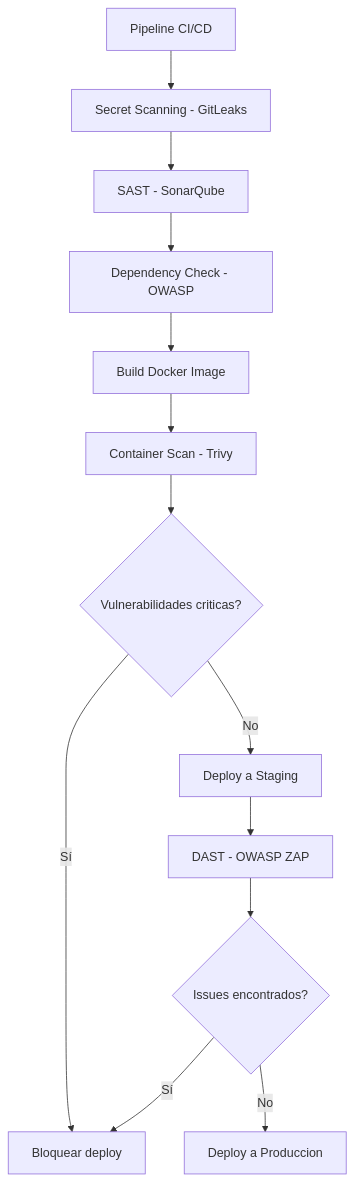
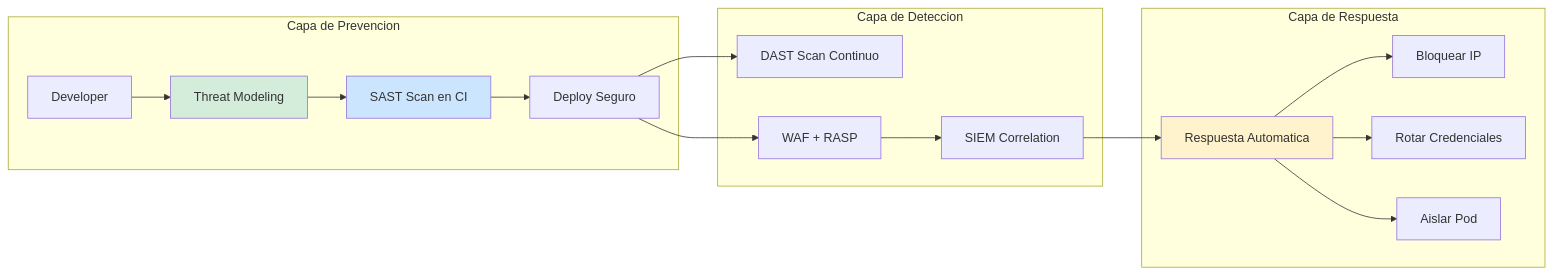
Before and after one commit to Joaquinriosheredia/DAM-Java-Mastery: the second of 3 diagrams in 06_Seguridad/seguridad_ofensiva_y_auditoria_de_microservicios_con_java_21_STAFF.md, drawn with Mermaid. The commit also changed other lines of this file, not shown here.

````diff
--- a/06_Seguridad/seguridad_ofensiva_y_auditoria_de_microservicios_con_java_21_STAFF.md
+++ b/06_Seguridad/seguridad_ofensiva_y_auditoria_de_microservicios_con_java_21_STAFF.md
@@ -471,15 +150,25 @@
 ```mermaid
-graph TD
-    A[Pipeline CI/CD] --> B[Secret Scanning - GitLeaks]
-    B --> C[SAST - SonarQube]
-    C --> D[Dependency Check - OWASP]
-    D --> E[Build Docker Image]
-    E --> F[Container Scan - Trivy]
-    F --> G{Vulnerabilidades criticas?}
-    G -->|Sí| H[Bloquear deploy]
-    G -->|No| I[Deploy a Staging]
-    I --> J[DAST - OWASP ZAP]
-    J --> K{Issues encontrados?}
-    K -->|Sí| H
-    K -->|No| L[Deploy a Produccion]
+graph LR
+    subgraph "Capa de Prevencion"
+        DEV[Developer] --> TM[Threat Modeling]
+        TM --> SAST[SAST Scan en CI]
+        SAST --> DEPLOY[Deploy Seguro]
+    end
+    
+    subgraph "Capa de Deteccion"
+        DEPLOY --> DAST[DAST Scan Continuo]
+        DEPLOY --> WAF[WAF + RASP]
+        WAF --> SIEM[SIEM Correlation]
+    end
+    
+    subgraph "Capa de Respuesta"
+        SIEM --> AUTO[Respuesta Automatica]
+        AUTO --> BLOCK[Bloquear IP]
+        AUTO --> ROTATE[Rotar Credenciales]
+        AUTO --> ISOLATE[Aislar Pod]
+    end
+    
+    style TM fill:#d4edda
+    style SAST fill:#cce5ff
+    style AUTO fill:#fff3cd
 ```
````
